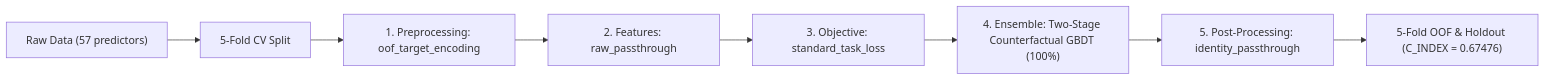
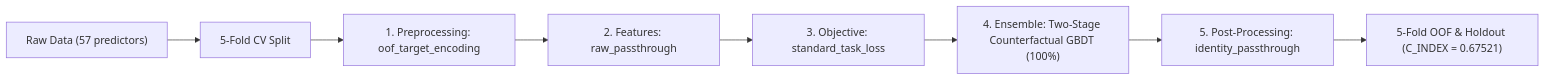
One commit to stefanoclss/CIBMTR-Equity-in-Post-HCT-Survival-Predictions changed the diagram in README.md. Above: the diagram before and after it, drawn with Mermaid. The commit also changed other lines of this file, not shown here.

First line of the commit message:
docs(readme): refresh verified OOF benchmark & build ledger (C_INDEX=0.67521)

````diff
--- a/README.md
+++ b/README.md
@@ -70,10 +71,10 @@
 ```mermaid
 flowchart LR
     DATA["Raw Data (57 predictors)"] --> SPLIT["5-Fold CV Split"]
     SPLIT --> PRE["1. Preprocessing: oof_target_encoding"]
     PRE --> FEAT["2. Features: raw_passthrough"]
     FEAT --> OBJ["3. Objective: standard_task_loss"]
     OBJ --> M0["4. Ensemble: Two-Stage Counterfactual GBDT (100%)"]
     M0 --> POST["5. Post-Processing: identity_passthrough"]
-    POST --> OUT["5-Fold OOF & Holdout (C_INDEX = 0.67476)"]
+    POST --> OUT["5-Fold OOF & Holdout (C_INDEX = 0.67521)"]
 ```
````
